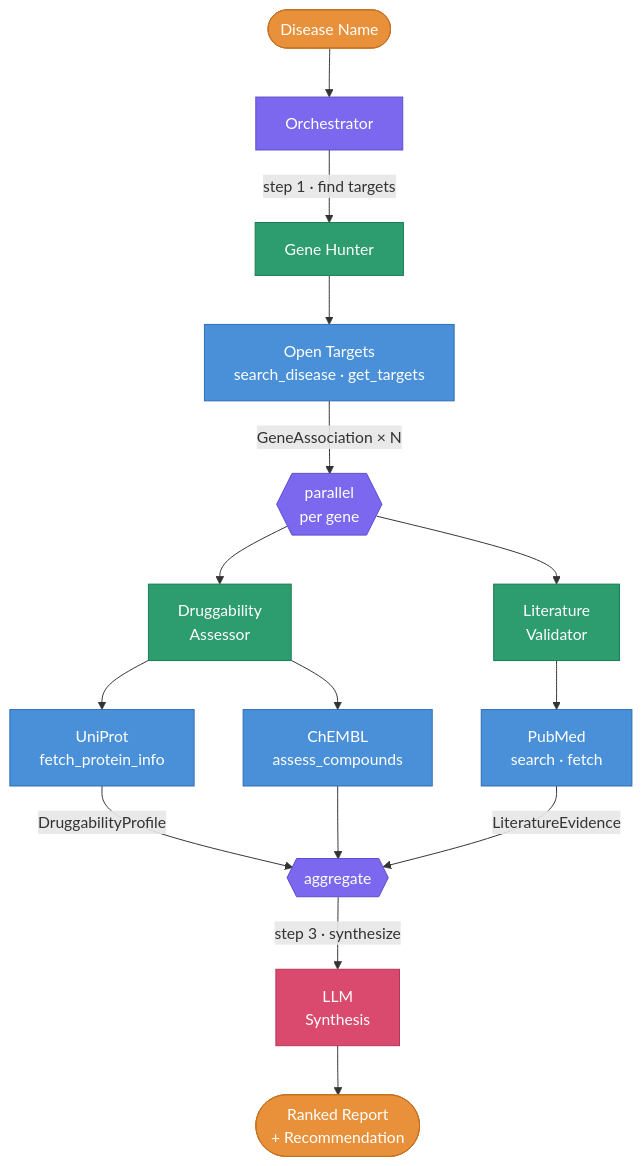
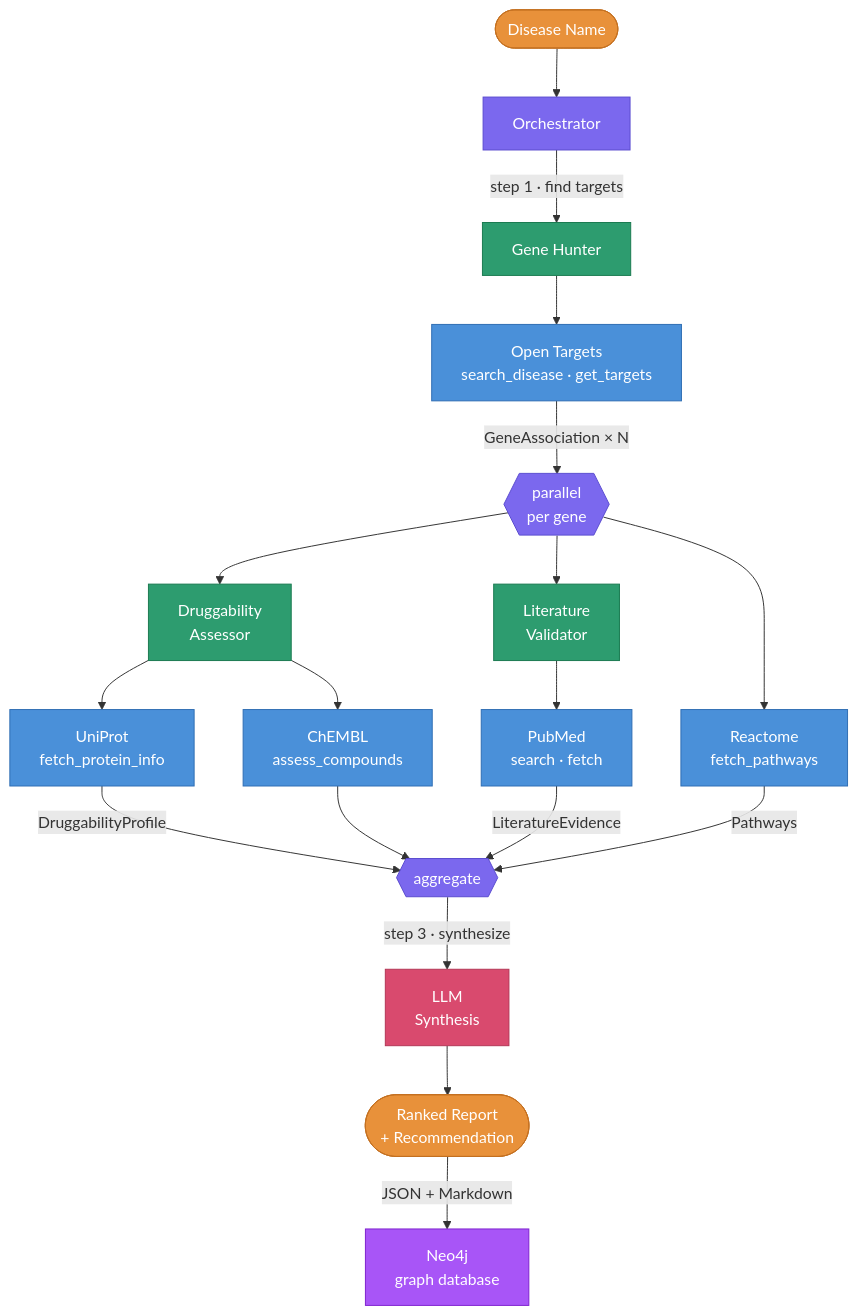
The diagram in README.md (dariodata/drug-target-agent), drawn with Mermaid before and after one commit. The commit also changed other lines of this file, not shown here.

Commit message:
feat: add Reactome integration and update architecture diagram in README

````diff
--- a/README.md
+++ b/README.md
@@ -14,33 +14,40 @@
 ```mermaid
 flowchart TD
     Input(["Disease Name"]):::output --> Orch["Orchestrator"]:::orchestrator
 
     %% Stage 1 — Gene Discovery
     Orch -- "step 1 · find targets" --> GH["Gene Hunter"]:::agent
     GH --> OT["Open Targets<br/>search_disease · get_targets"]:::api
 
     %% Fan-out per gene
     OT -- "GeneAssociation × N" --> Fork{{"parallel<br/>per gene"}}:::orchestrator
 
     Fork --> DA["Druggability<br/>Assessor"]:::agent
     Fork --> LV["Literature<br/>Validator"]:::agent
+    Fork --> RC["Reactome<br/>fetch_pathways"]:::api
 
     %% Stage 2 — Parallel assessment
     DA --> UP["UniProt<br/>fetch_protein_info"]:::api
     DA --> CH["ChEMBL<br/>assess_compounds"]:::api
     LV --> PM["PubMed<br/>search · fetch"]:::api
 
     UP -- "DruggabilityProfile" --> Merge
     CH --> Merge
     PM -- "LiteratureEvidence" --> Merge
+    RC -- "Pathways" --> Merge
 
     %% Stage 3 — Synthesis
     Merge{{"aggregate"}}:::orchestrator -- "step 3 · synthesize" --> LLM["LLM<br/>Synthesis"]:::llm
     LLM --> Report(["Ranked Report<br/>+ Recommendation"]):::output
+
+    %% Stage 4 — Persistence
+    Report -- "JSON + Markdown" --> Neo["Neo4j<br/>graph database"]:::db
+
+    classDef db fill:#a855f7,stroke:#7e22ce,color:#fff
 
     classDef agent fill:#2d9c6f,stroke:#1a7a50,color:#fff
     classDef orchestrator fill:#7b68ee,stroke:#5a4bcf,color:#fff
     classDef api fill:#4a90d9,stroke:#2e6db3,color:#fff
     classDef llm fill:#d94a6e,stroke:#b33655,color:#fff
     classDef output fill:#e8913a,stroke:#c47020,color:#fff
 ```
````
